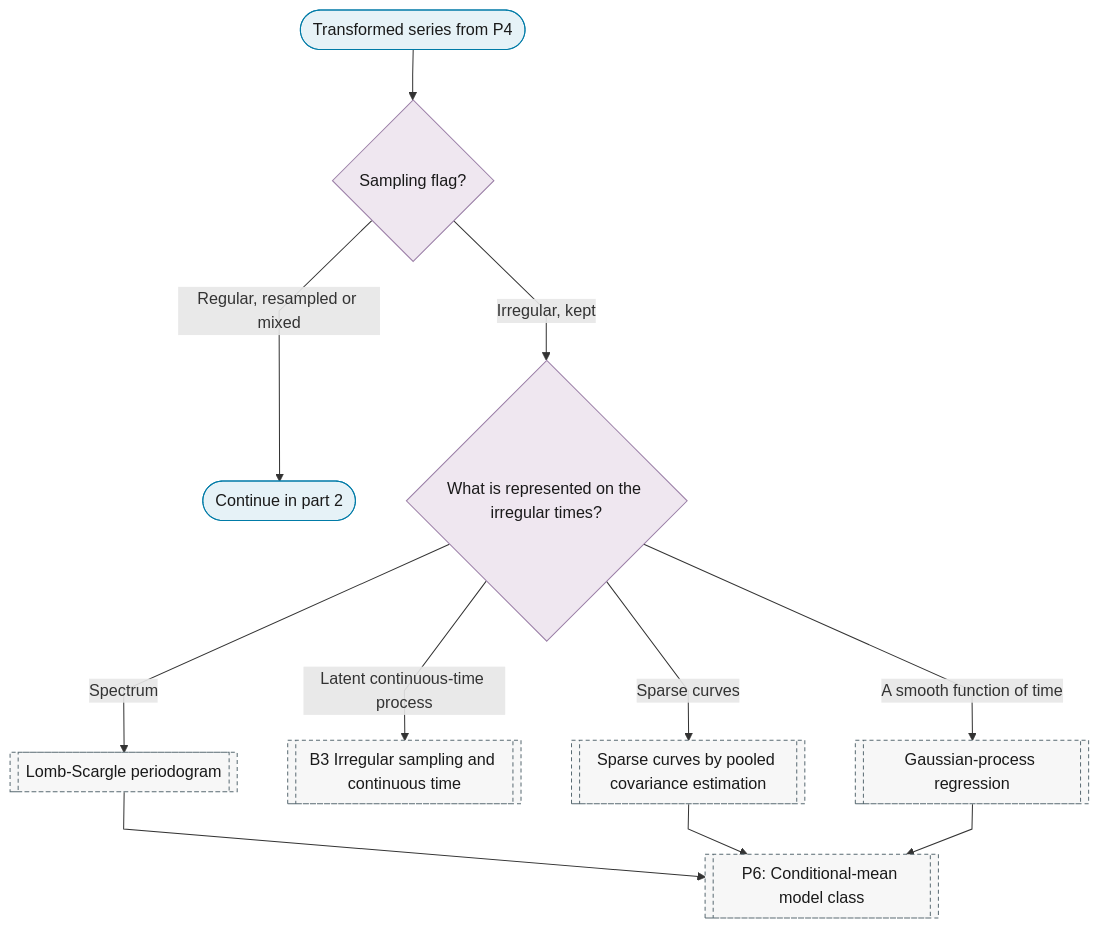
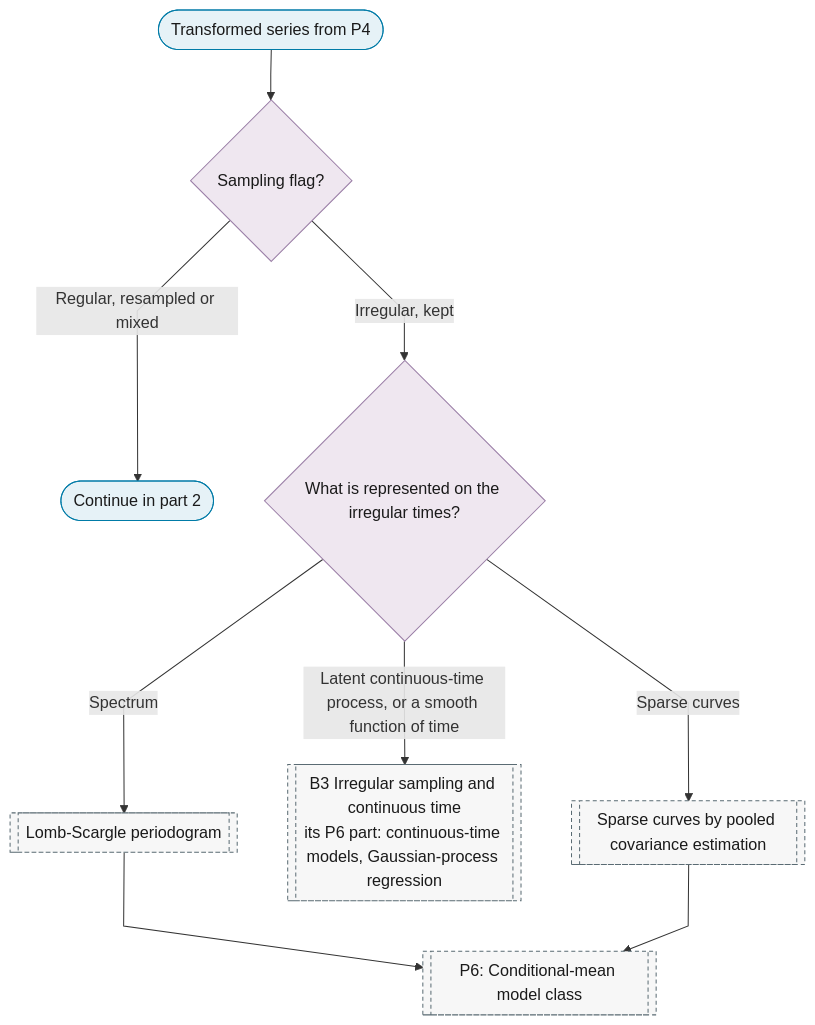
One commit to Shuxin-Y/time-series-analysis-manual changed the first of 2 diagrams in docs/01-workflow/p05-representation/index.md. Above: the diagram before and after it, drawn with Mermaid. The commit also changed 14 other files, not shown here.

````diff
--- a/docs/01-workflow/p05-representation/index.md
+++ b/docs/01-workflow/p05-representation/index.md
@@ -13,23 +13,22 @@
 ```mermaid
 %%{init: {"flowchart": {"curve": "linear"}}}%%
 graph TD
     P5_IN(["Transformed series from P4"]) --> P5_GRID{"Sampling flag?"}
     P5_GRID -->|"Regular, resampled or mixed"| P5_TO_PART_2(["Continue in part 2"])
     P5_GRID -->|"Irregular, kept"| P5_IRREGULAR{"What is represented on the irregular times?"}
     P5_IRREGULAR -->|"Spectrum"| P5_FD_LOMB_SCARGLE[["Lomb-Scargle periodogram"]]
-    P5_IRREGULAR -->|"Latent continuous-time process"| B3[["B3 Irregular sampling and continuous time"]]
+    P5_IRREGULAR -->|"Latent continuous-time process, or a smooth function of time"| B3[["B3 Irregular sampling and continuous time<br/>its P6 part: continuous-time models, Gaussian-process regression"]]
     P5_IRREGULAR -->|"Sparse curves"| P5_FN_PACE[["Sparse curves by pooled covariance estimation"]]
-    P5_IRREGULAR -->|"A smooth function of time"| P6_GAUSSIAN_PROCESS[["Gaussian-process regression"]]
-    P5_FD_LOMB_SCARGLE & P5_FN_PACE & P6_GAUSSIAN_PROCESS --> P6[["P6: Conditional-mean model class"]]
+    P5_FD_LOMB_SCARGLE & P5_FN_PACE --> P6[["P6: Conditional-mean model class"]]
     class P5_IN,P5_TO_PART_2 terminator
     class P5_GRID,P5_IRREGULAR decision
-    class P5_FD_LOMB_SCARGLE,B3,P5_FN_PACE,P6_GAUSSIAN_PROCESS,P6 ref
+    class P5_FD_LOMB_SCARGLE,B3,P5_FN_PACE,P6 ref
     classDef terminator fill:#E6F2F7,stroke:#007BA7,color:#1A1A1A;
     classDef process fill:#FFFFFF,stroke:#5A6B73,color:#1A1A1A;
     classDef decision fill:#EFE7F0,stroke:#9B7FA7,color:#1A1A1A;
     classDef data fill:#FFF4E0,stroke:#C9A55E,color:#1A1A1A;
     classDef good fill:#DCEFD8,stroke:#4A7A3F,color:#1A1A1A;
     classDef escalate fill:#FFE9C2,stroke:#C9A55E,color:#1A1A1A;
     classDef problem fill:#F2D9DE,stroke:#800020,color:#1A1A1A;
     classDef ref fill:#F7F7F7,stroke:#5A6B73,color:#1A1A1A,stroke-dasharray:4 3;
 ```
````
